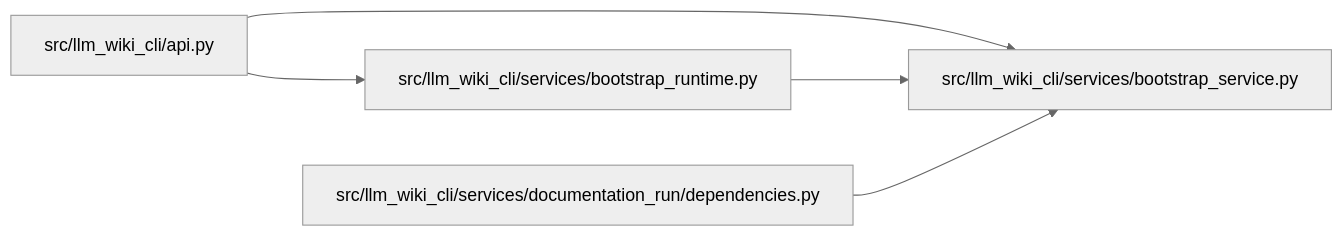
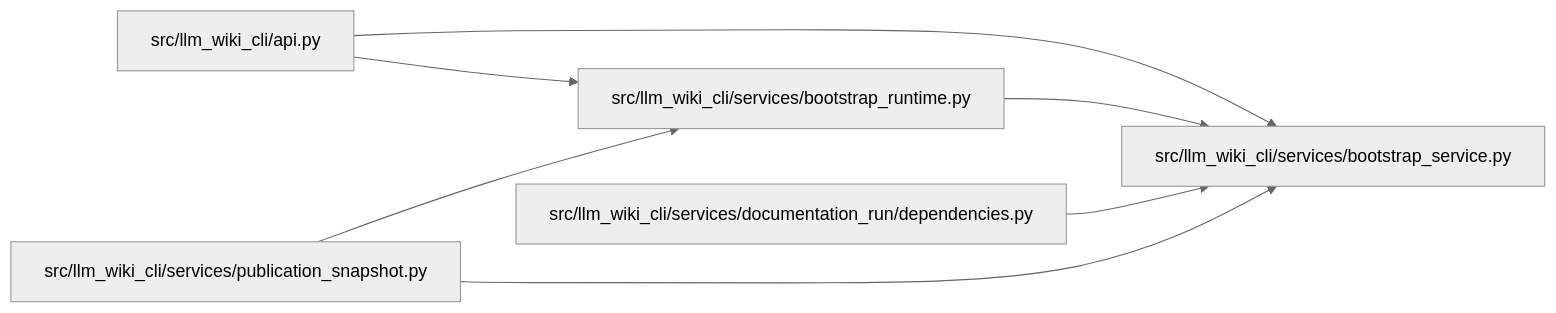
The diagram in docs/llm_wiki/modules/bootstrap_service.md (Denissvgn/python-wiki-llm), drawn with Mermaid (neutral theme) before and after one commit. The commit also changed other lines of this file and 479 other files, not shown here.

````diff
--- a/docs/llm_wiki/modules/bootstrap_service.md
+++ b/docs/llm_wiki/modules/bootstrap_service.md
@@ -21,15 +21,19 @@
 ```mermaid
 flowchart LR
     n0["src/llm_wiki_cli/api.py"]
     n1["src/llm_wiki_cli/services/bootstrap_runtime.py"]
     n2["src/llm_wiki_cli/services/bootstrap_service.py"]
     n3["src/llm_wiki_cli/services/documentation_run/dependencies.py"]
+    n4["src/llm_wiki_cli/services/publication_snapshot.py"]
     n0 --> n1
     n0 --> n2
     n1 --> n2
     n3 --> n2
+    n4 --> n1
+    n4 --> n2
     click n0 "../modules/api.md"
     click n1 "../modules/bootstrap_runtime.md"
     click n2 "../modules/bootstrap_service.md"
     click n3 "../modules/documentation_run_dependencies.md"
+    click n4 "../modules/publication_snapshot.md"
 ```
````
